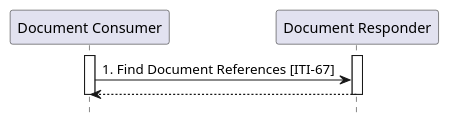
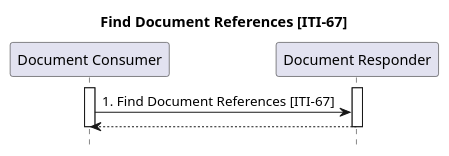
One commit to IHE/ITI.MHD changed the diagram in input/images-source/ITI-67-seq.plantuml. Above: the diagram before and after it, drawn with PlantUML. The commit also changed 22 other files, not shown here.

```diff
--- a/input/images-source/ITI-67-seq.plantuml
+++ b/input/images-source/ITI-67-seq.plantuml
@@ -1,11 +1,12 @@
 @startuml
+title Find Document References [ITI-67]
 hide footbox
 participant "Document Consumer" as DocumentConsumer
 participant "Document Responder" as DocumentResponder
 activate "DocumentConsumer"
 activate "DocumentResponder"
 "DocumentConsumer" -> "DocumentResponder" : 1. Find Document References [ITI-67]
 return
 deactivate "DocumentConsumer"
 deactivate "DocumentResponder"
 @enduml
```
